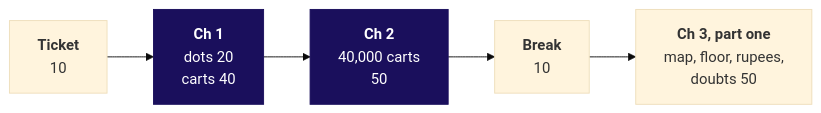
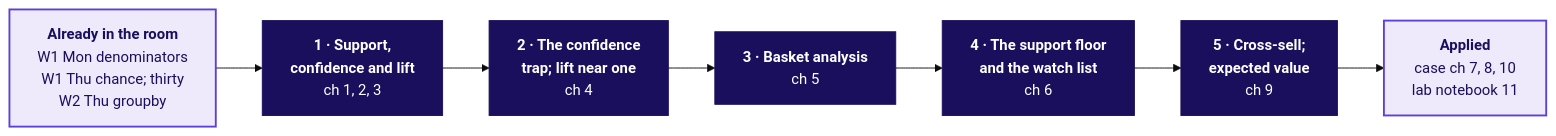
One commit to fde-academy-lab/c2-content-factory changed the diagram in content/W04/D3/trainer/C2_W04_D03_day_sheet_TRAINER.md. Above: the diagram before and after it, drawn with Mermaid (base theme). The commit also changed other lines of this file and 17 other files, not shown here.

````diff
--- a/content/W04/D3/trainer/C2_W04_D03_day_sheet_TRAINER.md
+++ b/content/W04/D3/trainer/C2_W04_D03_day_sheet_TRAINER.md
@@ -65,6 +52,13 @@
 ```mermaid
 flowchart LR
-    T["<b>Ticket</b><br/>10"] --> C1["<b>Ch 1</b><br/>dots 20<br/>carts 40"] --> C2["<b>Ch 2</b><br/>40,000 carts<br/>50"] --> B["<b>Break</b><br/>10"] --> C3["<b>Ch 3, part one</b><br/>map, floor, rupees,<br/>doubts 50"]
-    classDef core fill:#1A0F5C,stroke:#1A0F5C,color:#FFFFFF
-    class C1,C2 core
+    K["<b>Already in the room</b><br/>W1 Mon denominators<br/>W1 Thu chance; thirty<br/>W2 Thu groupby"] --> T1["<b>1 · Support,</b><br/><b>confidence and lift</b><br/>ch 1, 2, 3"]
+    T1 --> T2["<b>2 · The confidence</b><br/><b>trap; lift near one</b><br/>ch 4"]
+    T2 --> T3["<b>3 · Basket analysis</b><br/>ch 5"]
+    T3 --> T4["<b>4 · The support floor</b><br/><b>and the watch list</b><br/>ch 6"]
+    T4 --> T5["<b>5 · Cross-sell;</b><br/><b>expected value</b><br/>ch 9"]
+    T5 --> C["<b>Applied</b><br/>case ch 7, 8, 10<br/>lab notebook 11"]
+    classDef lit fill:#1A0F5C,stroke:#1A0F5C,color:#FFFFFF
+    classDef known fill:#EEEAFB,stroke:#5B3FD6,color:#1A0F5C,stroke-width:2px
+    class K,C known
+    class T1,T2,T3,T4,T5 lit
 ```
````
